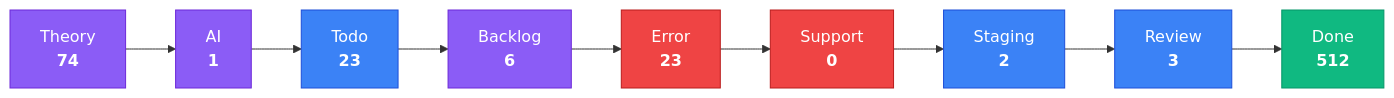
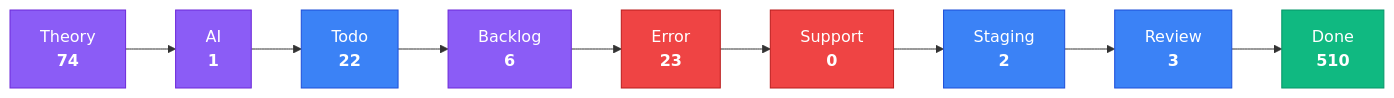
Before and after one commit to KBVE/kbve: the third of 4 diagrams in apps/kbve/astro-kbve/src/content/docs/dashboard/kanban-data.mdx, drawn with Mermaid. The commit also changed other lines of this file and 2 other files, not shown here.

````diff
--- a/apps/kbve/astro-kbve/src/content/docs/dashboard/kanban-data.mdx
+++ b/apps/kbve/astro-kbve/src/content/docs/dashboard/kanban-data.mdx
@@ -215,28 +215,28 @@
 ```mermaid
 flowchart LR
     classDef planning fill:#8b5cf6,stroke:#6d28d9,color:#fff
     classDef active fill:#3b82f6,stroke:#1d4ed8,color:#fff
     classDef blocked fill:#ef4444,stroke:#b91c1c,color:#fff
     classDef done fill:#10b981,stroke:#059669,color:#fff
     Theory["Theory<br/><strong>74</strong>"]
     Theory --> AI
     AI["AI<br/><strong>1</strong>"]
     AI --> Todo
-    Todo["Todo<br/><strong>23</strong>"]
+    Todo["Todo<br/><strong>22</strong>"]
     Todo --> Backlog
     Backlog["Backlog<br/><strong>6</strong>"]
     Backlog --> Error
     Error["Error<br/><strong>23</strong>"]
     Error --> Support
     Support["Support<br/><strong>0</strong>"]
     Support --> Staging
     Staging["Staging<br/><strong>2</strong>"]
     Staging --> Review
     Review["Review<br/><strong>3</strong>"]
     Review --> Done
-    Done["Done<br/><strong>512</strong>"]
+    Done["Done<br/><strong>510</strong>"]
     class Theory,AI,Backlog planning
     class Todo,Staging,Review active
     class Error,Support blocked
     class Done done
 ```
````
